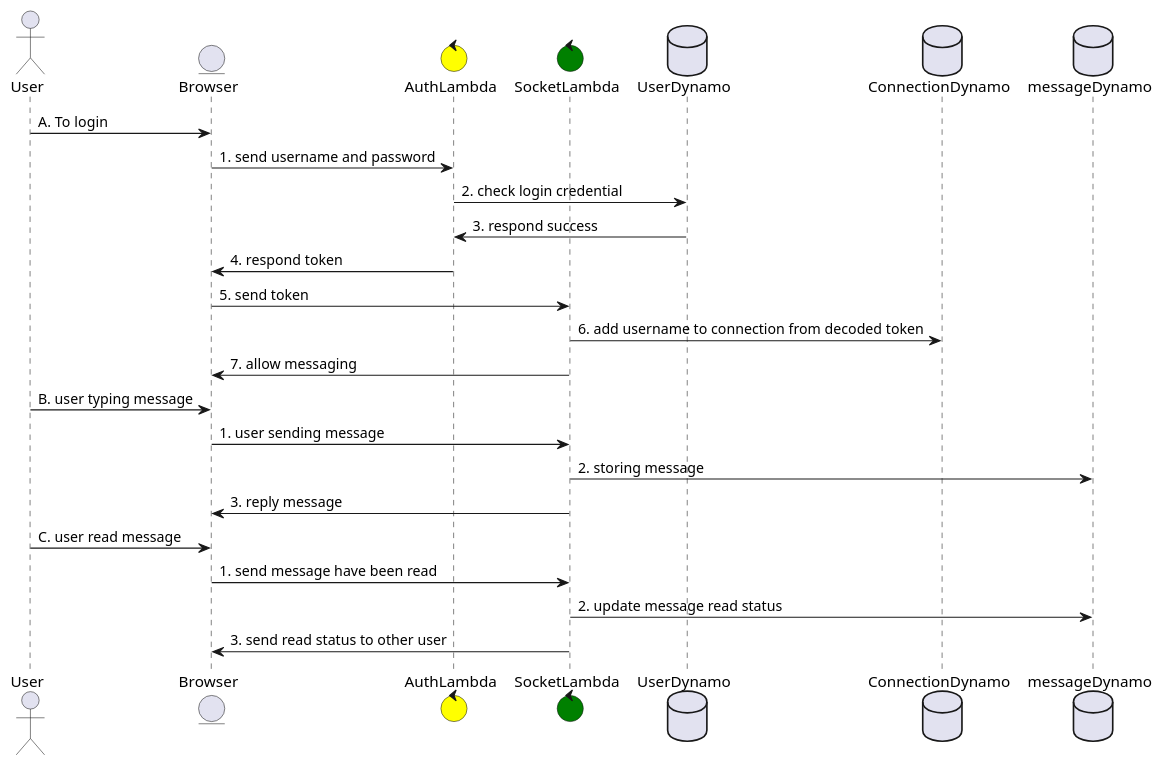
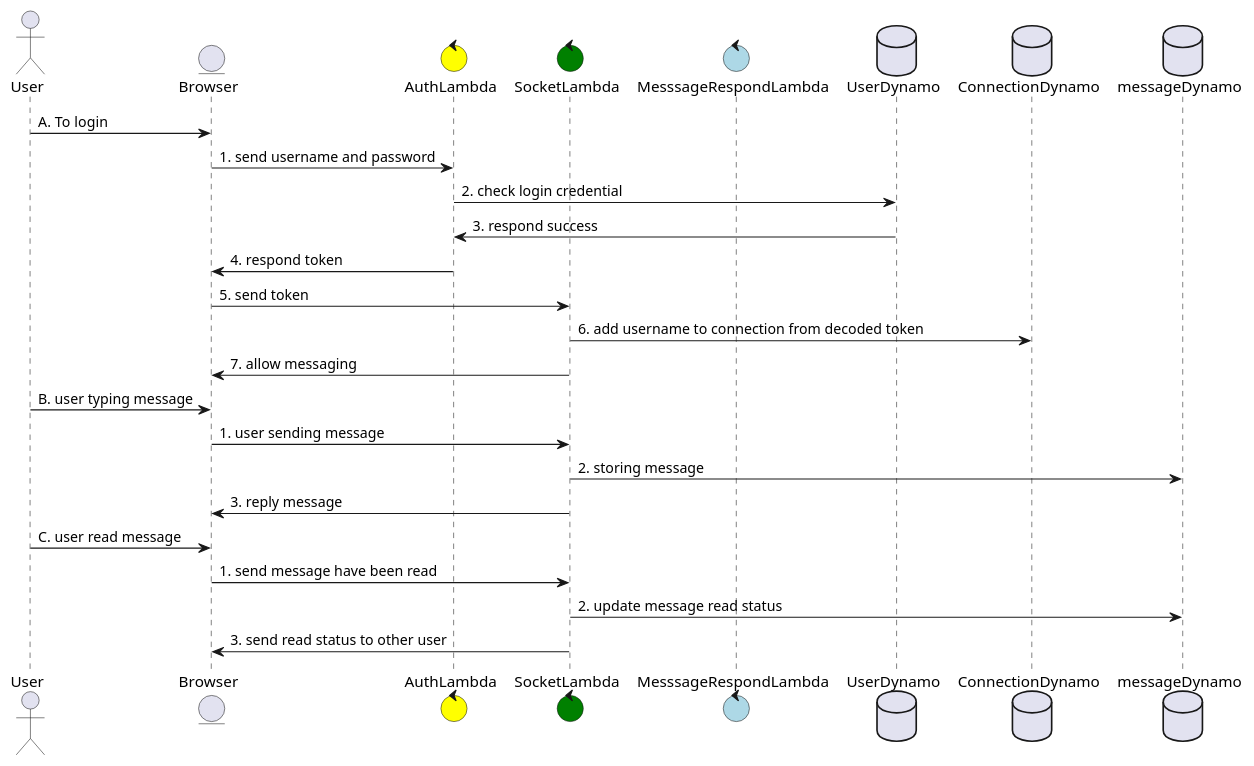
Before and after one commit to voathnak/test-websocket-react-app: the diagram in documentations/sequence.plantuml, drawn with PlantUML. The commit also changed 50 other files, not shown here.

```diff
--- a/documentations/sequence.plantuml
+++ b/documentations/sequence.plantuml
@@ -1,29 +1,30 @@
 @startuml
 '!theme spacelab
 actor       User
 Entity     Browser
 control     AuthLambda #yellow
 control     SocketLambda #green
+control     MesssageRespondLambda #lightblue
 database    UserDynamo
 database    ConnectionDynamo
 database    messageDynamo
 
 User -> Browser : A. To login
 Browser -> AuthLambda : 1. send username and password
 AuthLambda -> UserDynamo: 2. check login credential
 'UserDynamo --> AuthLambda: respond failed
 UserDynamo -> AuthLambda: 3. respond success
 'AuthLambda --> Browser: respond 401
 AuthLambda -> Browser: 4. respond token
 Browser -> SocketLambda: 5. send token
 SocketLambda -> ConnectionDynamo : 6. add username to connection from decoded token
 SocketLambda -> Browser: 7. allow messaging
 User -> Browser: B. user typing message
 Browser -> SocketLambda: 1. user sending message
 SocketLambda -> messageDynamo: 2. storing message
 SocketLambda -> Browser: 3. reply message
 User -> Browser: C. user read message
 Browser -> SocketLambda: 1. send message have been read
 SocketLambda -> messageDynamo: 2. update message read status
 SocketLambda -> Browser: 3. send read status to other user
 @enduml
```
